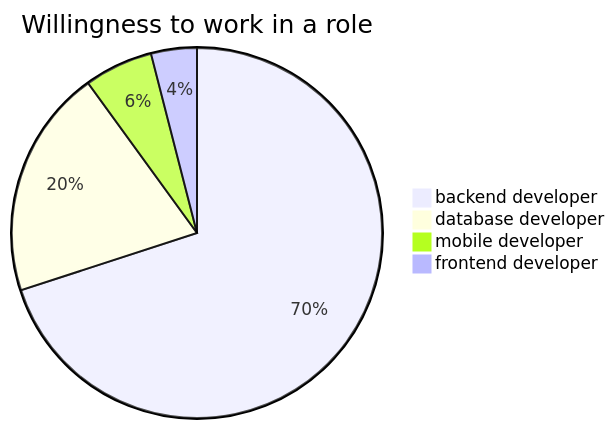
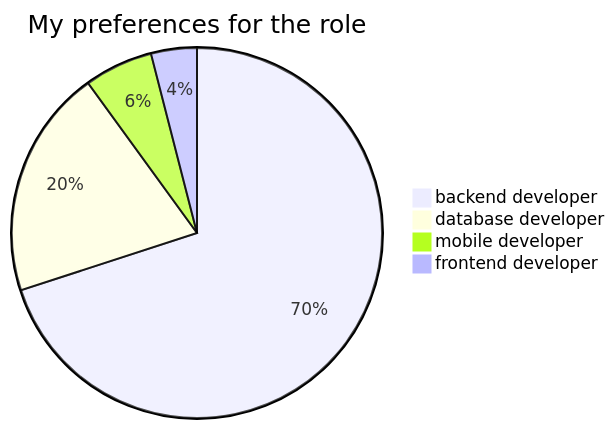
Before and after one commit to VladimirNikel/VladimirNikel: the diagram in README.md, drawn with Mermaid.

````diff
--- a/README.md
+++ b/README.md
@@ -11,7 +11,7 @@
 ```mermaid
-pie title Willingness to work in a role
+pie title My preferences for the role
     "backend developer" : 70
     "database developer" : 20
     "mobile developer" : 6
     "frontend developer" : 4
 ```
````
